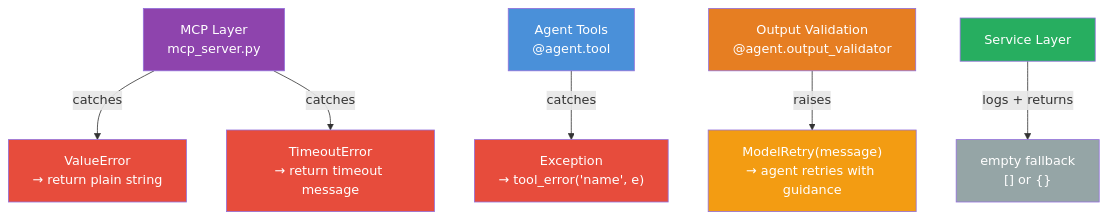
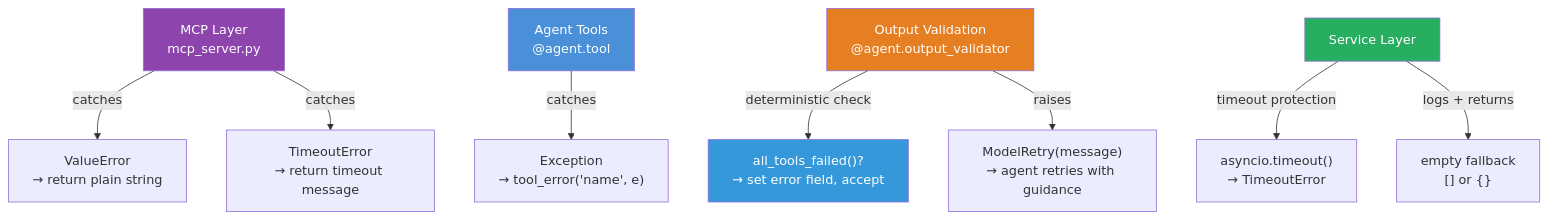
One commit to ryanjosebrosas/second-brain-ultimatum changed the third of 3 diagrams in README.md. Above: the diagram before and after it, drawn with Mermaid. The commit also changed other lines of this file, not shown here.

First line of the commit message:
docs(readme): comprehensive rewrite with 55 tools, 16 agents, 1706 tests

````diff
--- a/README.md
+++ b/README.md
@@ -606,21 +670,19 @@
 ```mermaid
 graph TD
     MCP["MCP Layer<br/>mcp_server.py"] -->|"catches"| VE["ValueError<br/>→ return plain string"]
     MCP -->|"catches"| TE["TimeoutError<br/>→ return timeout message"]
 
     AGENT["Agent Tools<br/>@agent.tool"] -->|"catches"| EX["Exception<br/>→ tool_error('name', e)"]
 
-    OUTPUT["Output Validation<br/>@agent.output_validator"] -->|"raises"| MR["ModelRetry(message)<br/>→ agent retries with guidance"]
+    OUTPUT["Output Validation<br/>@agent.output_validator"] -->|"deterministic check"| DET["all_tools_failed()?<br/>→ set error field, accept"]
+    OUTPUT -->|"raises"| MR["ModelRetry(message)<br/>→ agent retries with guidance"]
 
-    SVC["Service Layer"] -->|"logs + returns"| FB["empty fallback<br/>[] or {}"]
+    SVC["Service Layer"] -->|"timeout protection"| TO["asyncio.timeout()<br/>→ TimeoutError"]
+    SVC -->|"logs + returns"| FB["empty fallback<br/>[] or {}"]
 
     style MCP fill:#8e44ad,color:#fff
     style AGENT fill:#4a90d9,color:#fff
     style OUTPUT fill:#e67e22,color:#fff
     style SVC fill:#27ae60,color:#fff
-    style VE fill:#e74c3c,color:#fff
-    style TE fill:#e74c3c,color:#fff
-    style EX fill:#e74c3c,color:#fff
-    style MR fill:#f39c12,color:#fff
-    style FB fill:#95a5a6,color:#fff
+    style DET fill:#3498db,color:#fff
 ```
````
